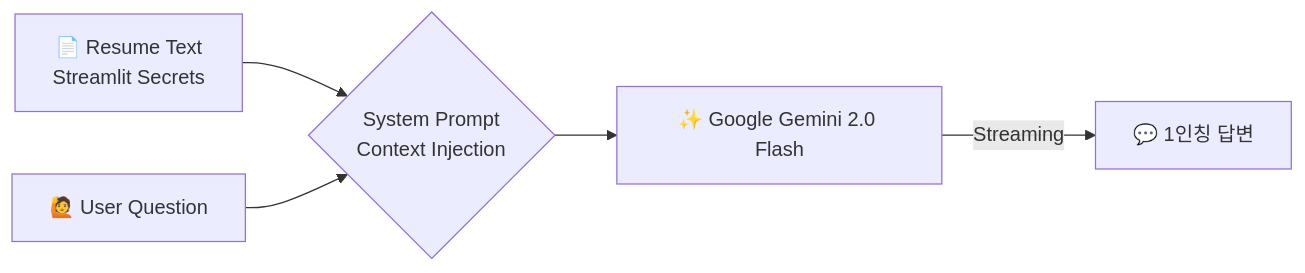
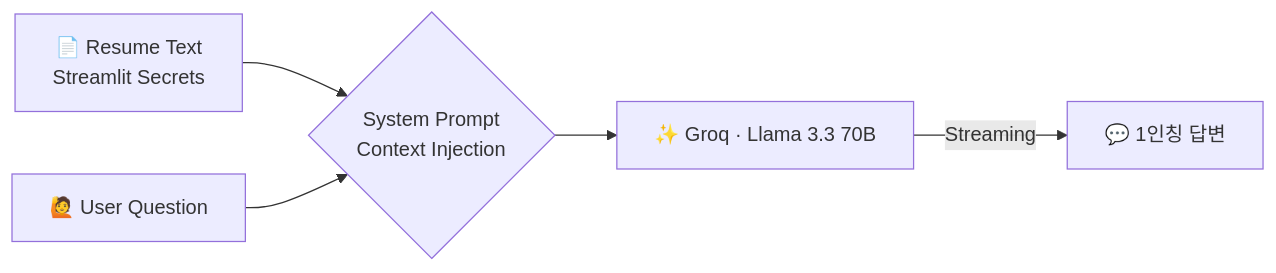
Before and after one commit to jisangfolio/jisangfolio: the diagram in README.md, drawn with Mermaid. The commit also changed other lines of this file and 4 other files, not shown here.

````diff
--- a/README.md
+++ b/README.md
@@ -39,7 +39,7 @@
 ```mermaid
 graph LR
     A[📄 Resume Text\nStreamlit Secrets] --> B{System Prompt\nContext Injection}
     C[🙋 User Question] --> B
-    B --> D[✨ Google Gemini 2.0 Flash]
+    B --> D[✨ Groq · Llama 3.3 70B]
     D -->|Streaming| E[💬 1인칭 답변]
 ```
````
